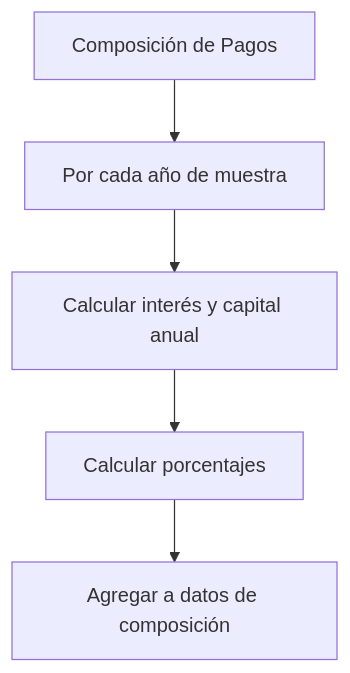
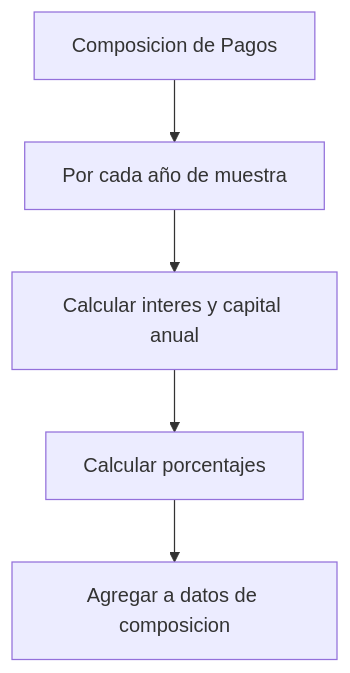
Before and after one commit to santiagoblanco22/calculator_dayana: the tenth of 14 diagrams in formulas/README.md, drawn with Mermaid. The commit also changed other lines of this file and 3 other files, not shown here.

````diff
--- a/formulas/README.md
+++ b/formulas/README.md
@@ -287,7 +287,7 @@
 ```mermaid
 graph TD
-    A[Composición de Pagos] --> B[Por cada año de muestra]
-    B --> C[Calcular interés y capital anual]
+    A[Composicion de Pagos] --> B[Por cada año de muestra]
+    B --> C[Calcular interes y capital anual]
     C --> D[Calcular porcentajes]
-    D --> E[Agregar a datos de composición]
+    D --> E[Agregar a datos de composicion]
 ```
````
